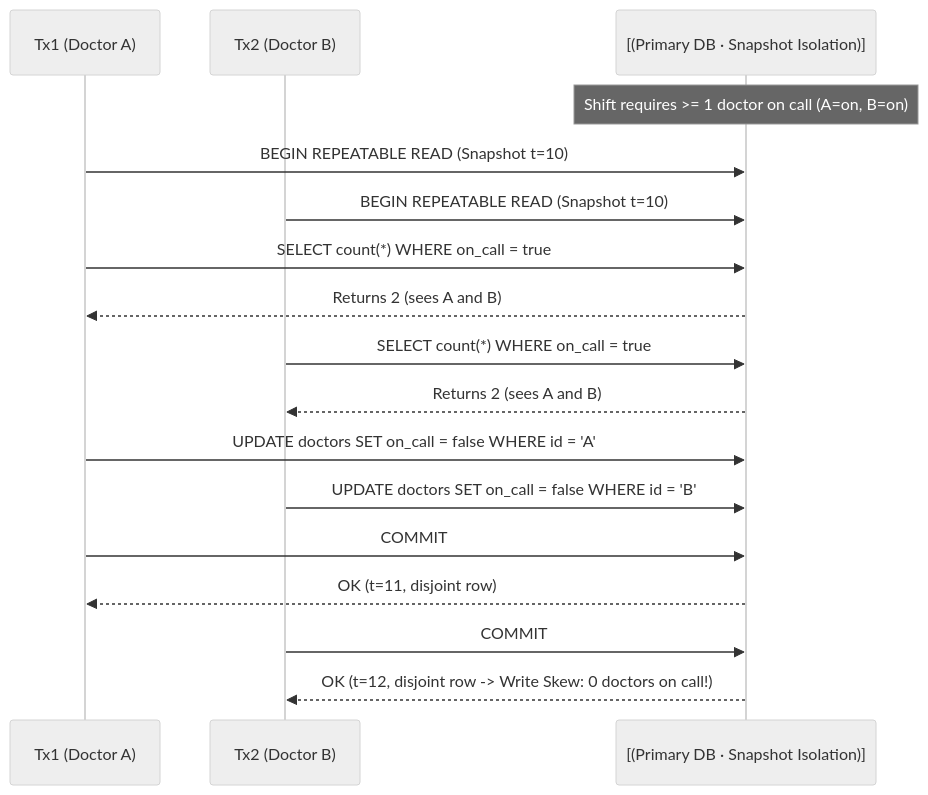
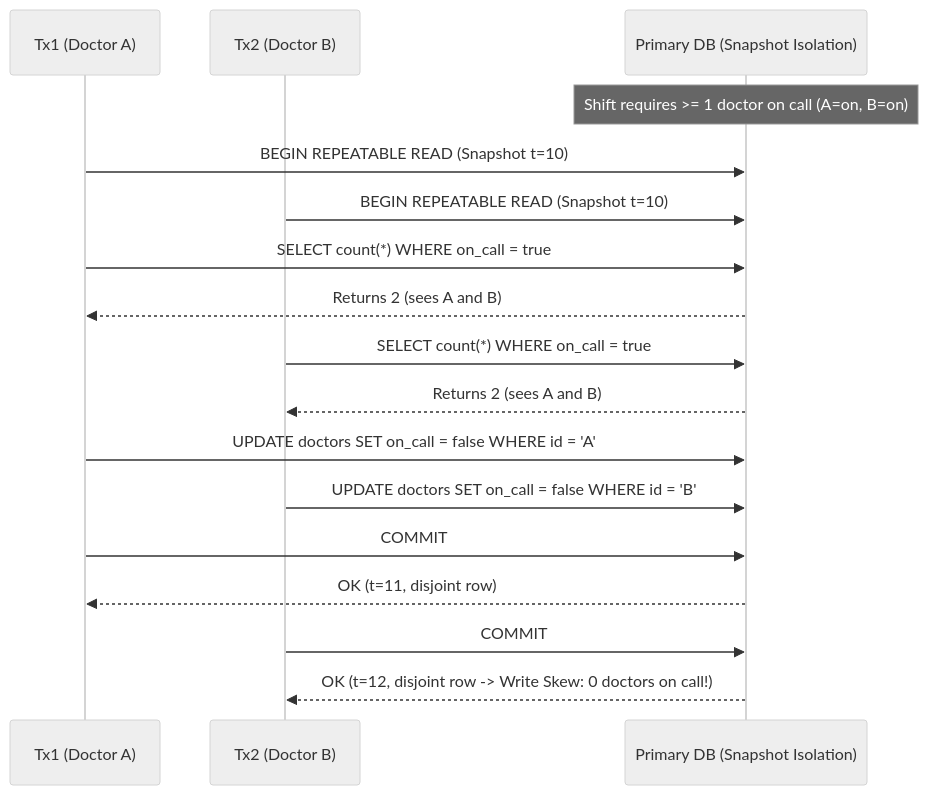
One commit to stack-shade/courses changed the diagram in courses/system-design/diagrams/mvcc-concurrency-timeline.mmd. Above: the diagram before and after it, drawn with Mermaid (neutral theme). The commit also changed 65 other files, not shown here.

Commit message:
Animate all 40 visuals, embed live sims inline, and fix/retheme all Mermaid diagrams

```diff
--- a/courses/system-design/diagrams/mvcc-concurrency-timeline.mmd
+++ b/courses/system-design/diagrams/mvcc-concurrency-timeline.mmd
@@ -1,18 +1,18 @@
 sequenceDiagram
   participant T1 as Tx1 (Doctor A)
   participant T2 as Tx2 (Doctor B)
-  participant DB as [(Primary DB · Snapshot Isolation)]
+  participant DB as Primary DB (Snapshot Isolation)
 
   Note over DB: Shift requires >= 1 doctor on call (A=on, B=on)
   T1->>DB: BEGIN REPEATABLE READ (Snapshot t=10)
   T2->>DB: BEGIN REPEATABLE READ (Snapshot t=10)
   T1->>DB: SELECT count(*) WHERE on_call = true
   DB-->>T1: Returns 2 (sees A and B)
   T2->>DB: SELECT count(*) WHERE on_call = true
   DB-->>T2: Returns 2 (sees A and B)
   T1->>DB: UPDATE doctors SET on_call = false WHERE id = 'A'
   T2->>DB: UPDATE doctors SET on_call = false WHERE id = 'B'
   T1->>DB: COMMIT
   DB-->>T1: OK (t=11, disjoint row)
   T2->>DB: COMMIT
   DB-->>T2: OK (t=12, disjoint row -> Write Skew: 0 doctors on call!)
```
